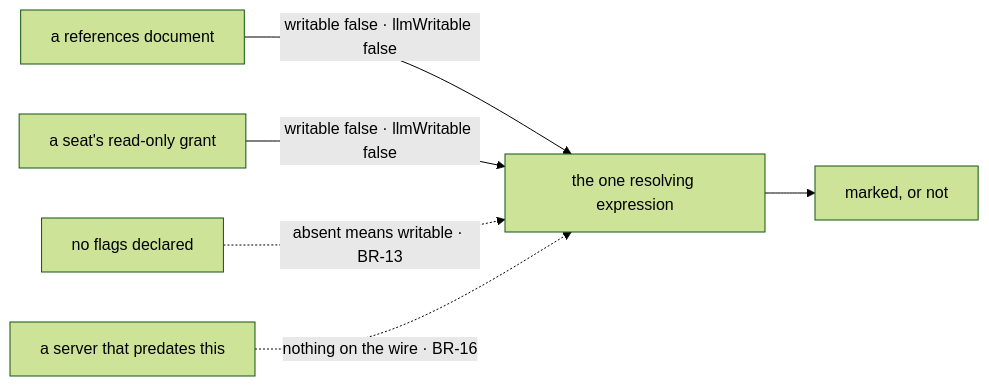
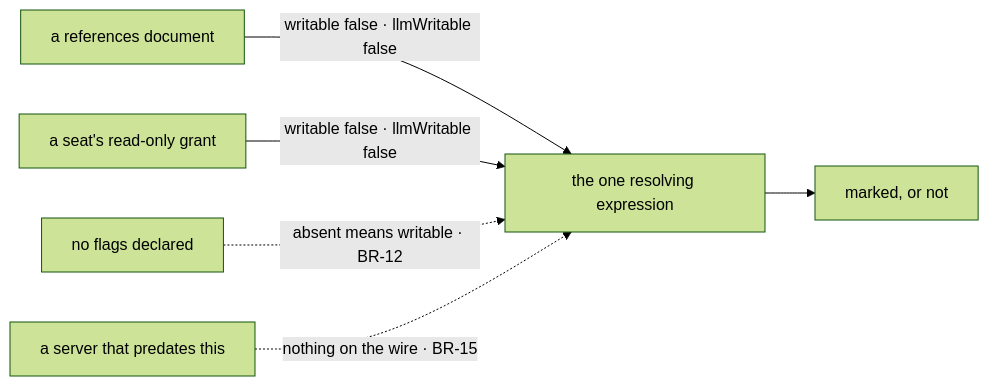
One commit to fixpoint-labs/flow-state-dev changed the diagram in specs/issues/FIX-1481/BUSINESS-RULES.md. Above: the diagram before and after it, drawn with Mermaid (forest theme). The commit also changed other lines of this file and 7 other files, not shown here.

````diff
--- a/specs/issues/FIX-1481/BUSINESS-RULES.md
+++ b/specs/issues/FIX-1481/BUSINESS-RULES.md
@@ -49,8 +48,8 @@
 ```mermaid
 flowchart LR
   A["a references document"] -->|"writable false · llmWritable false"| G["the one resolving expression"]
   B["a seat's read-only grant"] -->|"writable false · llmWritable false"| G
-  C["no flags declared"] -.->|"absent means writable · BR-13"| G
-  D["a server that predates this"] -.->|"nothing on the wire · BR-16"| G
+  C["no flags declared"] -.->|"absent means writable · BR-12"| G
+  D["a server that predates this"] -.->|"nothing on the wire · BR-15"| G
   G --> M["marked, or not"]
 ```
````
